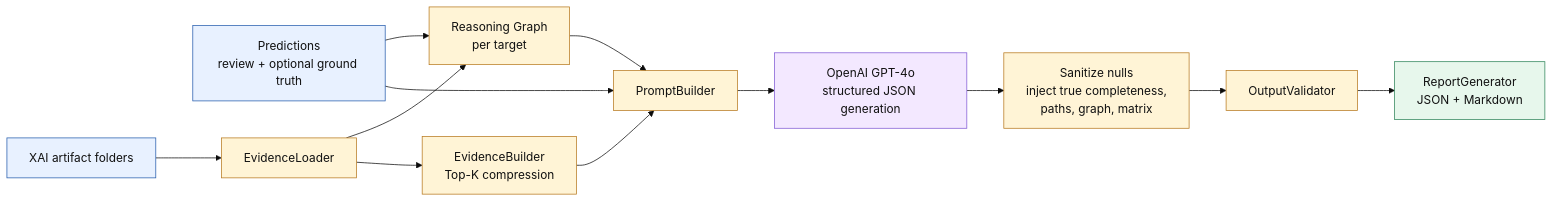
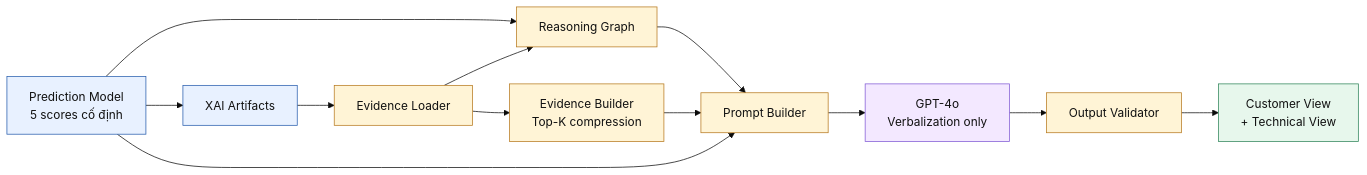
One commit to lechihoang/SE365 changed the tenth of 11 diagrams in xAI_AIagent_presentation_proposal.md. Above: the diagram before and after it, drawn with Mermaid (base theme). The commit also changed other lines of this file, not shown here.

Commit message:
v2 proposal of xai+ ai Agent

````diff
--- a/xAI_AIagent_presentation_proposal.md
+++ b/xAI_AIagent_presentation_proposal.md
@@ -492,23 +531,23 @@
 ```mermaid
 flowchart LR
-    P["Predictions<br/>review + optional ground truth"] --> RG["Reasoning Graph<br/>per target"]
-    X["XAI artifact folders"] --> EL["EvidenceLoader"]
+    PM["Prediction Model<br/>5 scores cố định"] --> XAI["XAI Artifacts"]
+    XAI --> EL["Evidence Loader"]
+    PM --> RG["Reasoning Graph"]
     EL --> RG
-    EL --> EB["EvidenceBuilder<br/>Top-K compression"]
-    RG --> PB["PromptBuilder"]
+    EL --> EB["Evidence Builder<br/>Top-K compression"]
+    RG --> PB["Prompt Builder"]
     EB --> PB
-    P --> PB
-    PB --> GPT["OpenAI GPT-4o<br/>structured JSON generation"]
-    GPT --> POST["Sanitize nulls<br/>inject true completeness,<br/>paths, graph, matrix"]
-    POST --> VAL["OutputValidator"]
-    VAL --> REP["ReportGenerator<br/>JSON + Markdown"]
+    PM --> PB
+    PB --> GPT["GPT-4o<br/>Verbalization only"]
+    GPT --> V["Output Validator"]
+    V --> REP["Customer View<br/>+ Technical View"]
 
     classDef source fill:#E8F1FF,stroke:#275DAD,color:#111;
     classDef deterministic fill:#FFF4D6,stroke:#B7791F,color:#111;
     classDef llm fill:#F3E8FF,stroke:#805AD5,color:#111;
     classDef output fill:#E7F7EC,stroke:#2F855A,color:#111;
-    class P,X source;
-    class EL,RG,EB,PB,POST,VAL deterministic;
+    class PM,XAI source;
+    class EL,EB,RG,PB,V deterministic;
     class GPT llm;
     class REP output;
 ```
````
